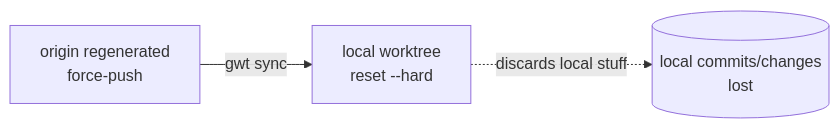
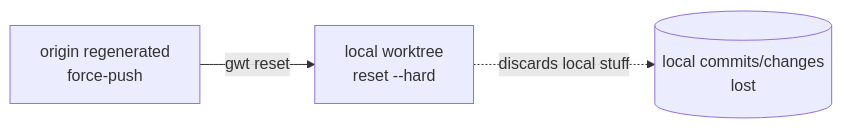
One commit to N3Y70R/grove changed the sixth of 9 diagrams in docs/TUTORIAL.md. Above: the diagram before and after it, drawn with Mermaid. The commit also changed other lines of this file and 15 other files, not shown here.

First line of the commit message:
feat(reset,remove,list): rename sync to reset, preview removals, show merged

````diff
--- a/docs/TUTORIAL.md
+++ b/docs/TUTORIAL.md
@@ -303,5 +303,5 @@
 ```mermaid
 flowchart LR
-  R[origin regenerated<br/>force-push] -->|gwt sync| L[local worktree<br/>reset --hard]
+  R[origin regenerated<br/>force-push] -->|gwt reset| L[local worktree<br/>reset --hard]
   L -.discards local stuff.-> X[(local commits/changes<br/>lost)]
 ```
````
